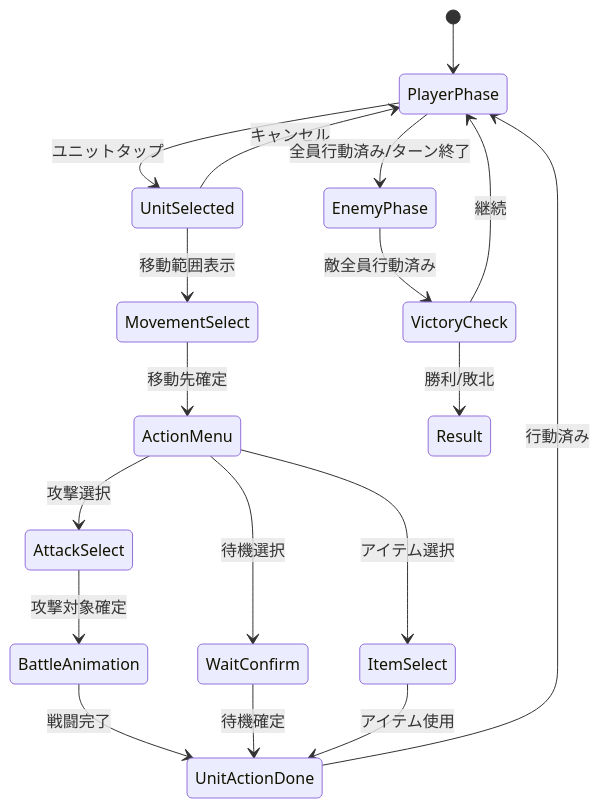
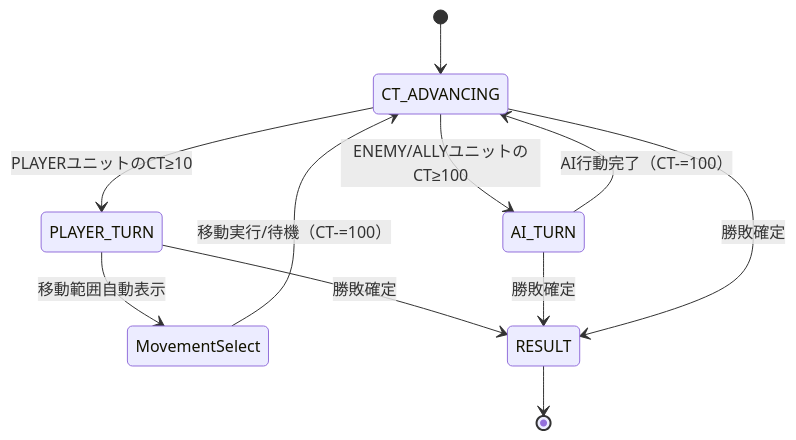
One commit to rssh-jp/testgame1 changed the third of 3 diagrams in docs/technical-design.md. Above: the diagram before and after it, drawn with Mermaid. The commit also changed other lines of this file and 4 other files, not shown here.

````diff
--- a/docs/technical-design.md
+++ b/docs/technical-design.md
@@ -133,20 +133,13 @@
 ```mermaid
 stateDiagram-v2
-    [*] --> PlayerPhase
-    PlayerPhase --> UnitSelected: ユニットタップ
-    UnitSelected --> MovementSelect: 移動範囲表示
-    UnitSelected --> PlayerPhase: キャンセル
-    MovementSelect --> ActionMenu: 移動先確定
-    ActionMenu --> AttackSelect: 攻撃選択
-    ActionMenu --> WaitConfirm: 待機選択
-    ActionMenu --> ItemSelect: アイテム選択
-    AttackSelect --> BattleAnimation: 攻撃対象確定
-    BattleAnimation --> UnitActionDone: 戦闘完了
-    WaitConfirm --> UnitActionDone: 待機確定
-    ItemSelect --> UnitActionDone: アイテム使用
-    UnitActionDone --> PlayerPhase: 行動済み
-    PlayerPhase --> EnemyPhase: 全員行動済み/ターン終了
-    EnemyPhase --> VictoryCheck: 敵全員行動済み
-    VictoryCheck --> PlayerPhase: 継続
-    VictoryCheck --> Result: 勝利/敗北
+    [*] --> CT_ADVANCING
+    CT_ADVANCING --> PLAYER_TURN : PLAYERユニットのCT≥10
+    CT_ADVANCING --> AI_TURN : ENEMY/ALLYユニットのCT≥100
+    PLAYER_TURN --> MovementSelect : 移動範囲自動表示
+    MovementSelect --> CT_ADVANCING : 移動実行/待機（CT-=100）
+    AI_TURN --> CT_ADVANCING : AI行動完了（CT-=100）
+    PLAYER_TURN --> RESULT : 勝敗確定
+    AI_TURN --> RESULT : 勝敗確定
+    CT_ADVANCING --> RESULT : 勝敗確定
+    RESULT --> [*]
 ```
````
